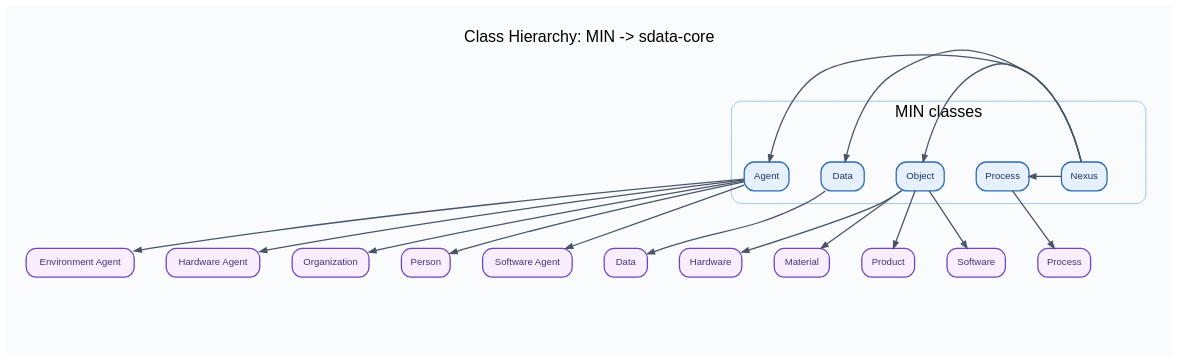
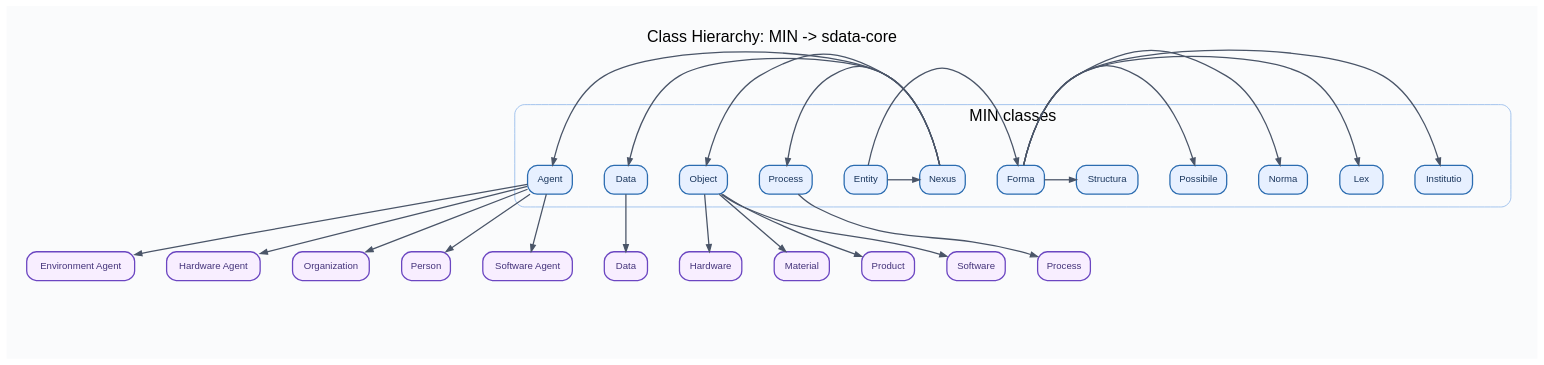
Before and after one commit to lepy/sdata-ontology: the diagram in docs/diagrams/sdata-min-core-hierarchy.dot, drawn with Graphviz. The commit also changed 27 other files, not shown here.

```diff
--- a/docs/diagrams/sdata-min-core-hierarchy.dot
+++ b/docs/diagrams/sdata-min-core-hierarchy.dot
@@ -1,147 +1,182 @@
 digraph "" {
 	graph [bgcolor="#FAFBFC",
 		compound=true,
 		fontname=Helvetica,
 		fontsize=20,
 		label="Class Hierarchy: MIN -> sdata-core",
 		labeljust=c,
 		labelloc=t,
 		newrank=true,
 		nodesep=0.55,
 		overlap=false,
 		pad=0.35,
 		rankdir=TB,
 		ranksep=1.0,
 		splines=true
 	];
 	node [fontname=Helvetica,
 		fontsize=12,
 		label="\N",
 		margin="0.14,0.08",
 		penwidth=1.6,
 		shape=box,
 		style="filled,rounded"
 	];
 	edge [arrowsize=0.85,
 		color="#4A5568",
 		fontname=Helvetica,
 		penwidth=1.6
 	];
-	subgraph sdata_rank_object_children {
-		graph [rank=same,
-			style=invis
-		];
-		"https://w3id.org/sdata/core/Hardware"	[color="#6B46C1",
-			fillcolor="#F8EEFF",
-			fontcolor="#44337A",
-			label=Hardware];
-		"https://w3id.org/sdata/core/Material"	[color="#6B46C1",
-			fillcolor="#F8EEFF",
-			fontcolor="#44337A",
-			label=Material];
-		"https://w3id.org/sdata/core/Product"	[color="#6B46C1",
-			fillcolor="#F8EEFF",
-			fontcolor="#44337A",
-			label=Product];
-		"https://w3id.org/sdata/core/Software"	[color="#6B46C1",
-			fillcolor="#F8EEFF",
-			fontcolor="#44337A",
-			label=Software];
-	}
 	subgraph cluster_min {
 		graph [color="#8FB7EA",
 			label="MIN classes",
 			rank=source,
 			style=rounded
 		];
 		subgraph cluster_min_rank {
 			graph [rank=same,
 				style=invis
 			];
 			"https://w3id.org/min#Agent"	[color="#2B6CB0",
 				fillcolor="#E7F0FF",
 				fontcolor="#1A365D",
 				label=Agent];
 			"https://w3id.org/min#Data"	[color="#2B6CB0",
 				fillcolor="#E7F0FF",
 				fontcolor="#1A365D",
 				label=Data];
 			"https://w3id.org/min#Object"	[color="#2B6CB0",
 				fillcolor="#E7F0FF",
 				fontcolor="#1A365D",
 				label=Object];
 			"https://w3id.org/min#Process"	[color="#2B6CB0",
 				fillcolor="#E7F0FF",
 				fontcolor="#1A365D",
 				label=Process];
 		}
+		"https://w3id.org/min#Entity"	[color="#2B6CB0",
+			fillcolor="#E7F0FF",
+			fontcolor="#1A365D",
+			label=Entity];
+		"https://w3id.org/min#Forma"	[color="#2B6CB0",
+			fillcolor="#E7F0FF",
+			fontcolor="#1A365D",
+			label=Forma];
+		"https://w3id.org/min#Institutio"	[color="#2B6CB0",
+			fillcolor="#E7F0FF",
+			fontcolor="#1A365D",
+			label=Institutio];
+		"https://w3id.org/min#Lex"	[color="#2B6CB0",
+			fillcolor="#E7F0FF",
+			fontcolor="#1A365D",
+			label=Lex];
 		"https://w3id.org/min#Nexus"	[color="#2B6CB0",
 			fillcolor="#E7F0FF",
 			fontcolor="#1A365D",
 			label=Nexus];
+		"https://w3id.org/min#Norma"	[color="#2B6CB0",
+			fillcolor="#E7F0FF",
+			fontcolor="#1A365D",
+			label=Norma];
+		"https://w3id.org/min#Possibile"	[color="#2B6CB0",
+			fillcolor="#E7F0FF",
+			fontcolor="#1A365D",
+			label=Possibile];
+		"https://w3id.org/min#Structura"	[color="#2B6CB0",
+			fillcolor="#E7F0FF",
+			fontcolor="#1A365D",
+			label=Structura];
 		__rank_anchor_min	[height=0.01,
 			label="",
 			shape=point,
 			style=invis,
 			width=0.01];
 	}
 	subgraph sdata_rank_agent_children {
 		graph [rank=same,
 			style=invis
 		];
 		"https://w3id.org/sdata/core/EnvironmentAgent"	[color="#6B46C1",
 			fillcolor="#F8EEFF",
 			fontcolor="#44337A",
 			label="Environment Agent"];
 		"https://w3id.org/sdata/core/HardwareAgent"	[color="#6B46C1",
 			fillcolor="#F8EEFF",
 			fontcolor="#44337A",
 			label="Hardware Agent"];
 		"https://w3id.org/sdata/core/Organization"	[color="#6B46C1",
 			fillcolor="#F8EEFF",
 			fontcolor="#44337A",
 			label=Organization];
 		"https://w3id.org/sdata/core/Person"	[color="#6B46C1",
 			fillcolor="#F8EEFF",
 			fontcolor="#44337A",
 			label=Person];
 		"https://w3id.org/sdata/core/SoftwareAgent"	[color="#6B46C1",
 			fillcolor="#F8EEFF",
 			fontcolor="#44337A",
 			label="Software Agent"];
 	}
+	subgraph sdata_rank_object_children {
+		graph [rank=same,
+			style=invis
+		];
+		"https://w3id.org/sdata/core/Hardware"	[color="#6B46C1",
+			fillcolor="#F8EEFF",
+			fontcolor="#44337A",
+			label=Hardware];
+		"https://w3id.org/sdata/core/Material"	[color="#6B46C1",
+			fillcolor="#F8EEFF",
+			fontcolor="#44337A",
+			label=Material];
+		"https://w3id.org/sdata/core/Product"	[color="#6B46C1",
+			fillcolor="#F8EEFF",
+			fontcolor="#44337A",
+			label=Product];
+		"https://w3id.org/sdata/core/Software"	[color="#6B46C1",
+			fillcolor="#F8EEFF",
+			fontcolor="#44337A",
+			label=Software];
+	}
 	"https://w3id.org/min#Agent" -> "https://w3id.org/sdata/core/EnvironmentAgent";
 	"https://w3id.org/min#Agent" -> "https://w3id.org/sdata/core/HardwareAgent";
 	"https://w3id.org/min#Agent" -> "https://w3id.org/sdata/core/Organization";
 	"https://w3id.org/min#Agent" -> "https://w3id.org/sdata/core/Person";
 	"https://w3id.org/min#Agent" -> "https://w3id.org/sdata/core/SoftwareAgent";
 	"https://w3id.org/sdata/core/Data"	[color="#6B46C1",
 		fillcolor="#F8EEFF",
 		fontcolor="#44337A",
 		label=Data];
 	"https://w3id.org/min#Data" -> "https://w3id.org/sdata/core/Data";
+	"https://w3id.org/min#Entity" -> "https://w3id.org/min#Forma";
+	"https://w3id.org/min#Entity" -> "https://w3id.org/min#Nexus";
+	"https://w3id.org/min#Forma" -> "https://w3id.org/min#Institutio";
+	"https://w3id.org/min#Forma" -> "https://w3id.org/min#Lex";
+	"https://w3id.org/min#Forma" -> "https://w3id.org/min#Norma";
+	"https://w3id.org/min#Forma" -> "https://w3id.org/min#Possibile";
+	"https://w3id.org/min#Forma" -> "https://w3id.org/min#Structura";
 	"https://w3id.org/min#Nexus" -> "https://w3id.org/min#Agent";
 	"https://w3id.org/min#Nexus" -> "https://w3id.org/min#Data";
 	"https://w3id.org/min#Nexus" -> "https://w3id.org/min#Object";
 	"https://w3id.org/min#Nexus" -> "https://w3id.org/min#Process";
 	"https://w3id.org/min#Object" -> "https://w3id.org/sdata/core/Hardware";
 	"https://w3id.org/min#Object" -> "https://w3id.org/sdata/core/Material";
 	"https://w3id.org/min#Object" -> "https://w3id.org/sdata/core/Product";
 	"https://w3id.org/min#Object" -> "https://w3id.org/sdata/core/Software";
 	"https://w3id.org/sdata/core/Process"	[color="#6B46C1",
 		fillcolor="#F8EEFF",
 		fontcolor="#44337A",
 		label=Process];
 	"https://w3id.org/min#Process" -> "https://w3id.org/sdata/core/Process";
 	__rank_anchor_sdata	[height=0.01,
 		label="",
 		shape=point,
 		style=invis,
 		width=0.01];
 	__rank_anchor_min -> __rank_anchor_sdata	[color="#FFFFFF",
 		constraint=true,
 		ltail=cluster_min,
 		minlen=2,
 		style=invis,
 		weight=200];
 }
```
